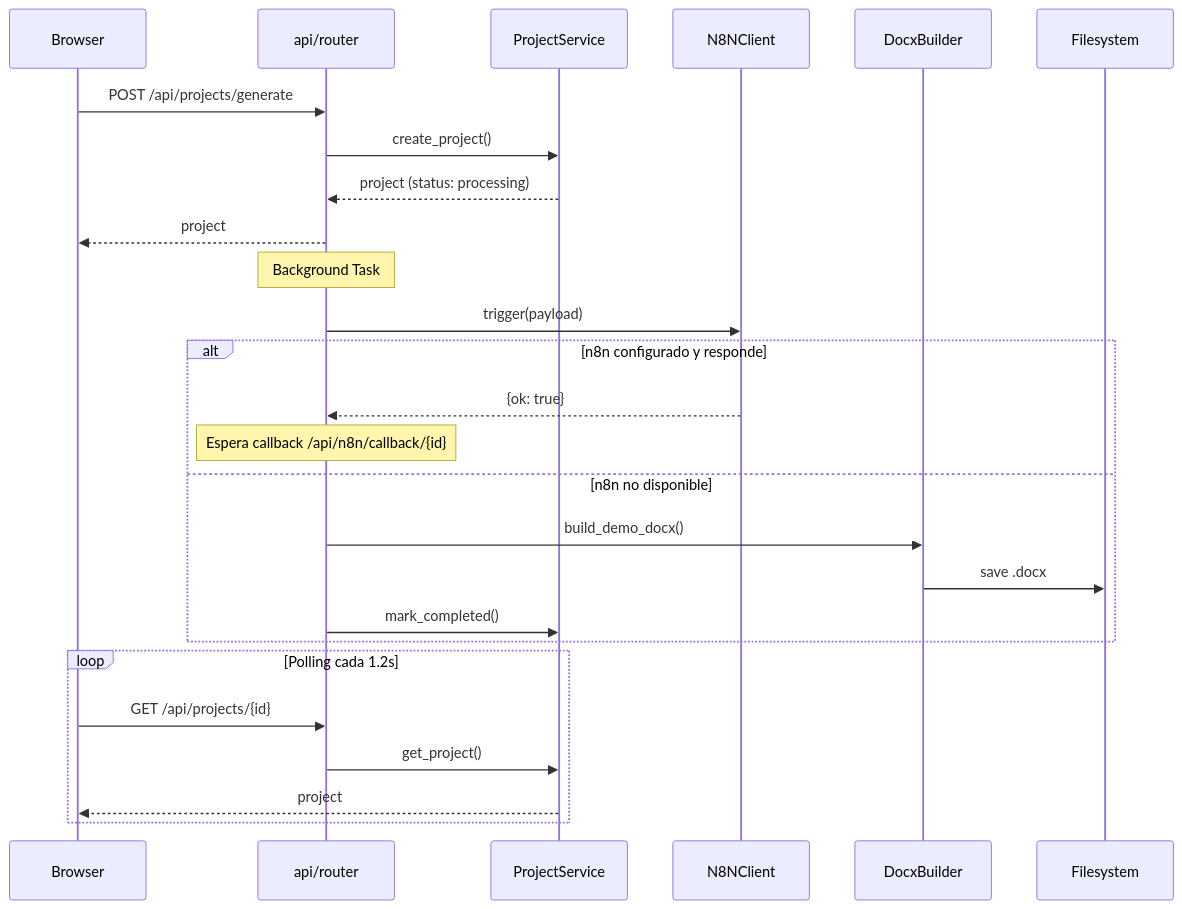
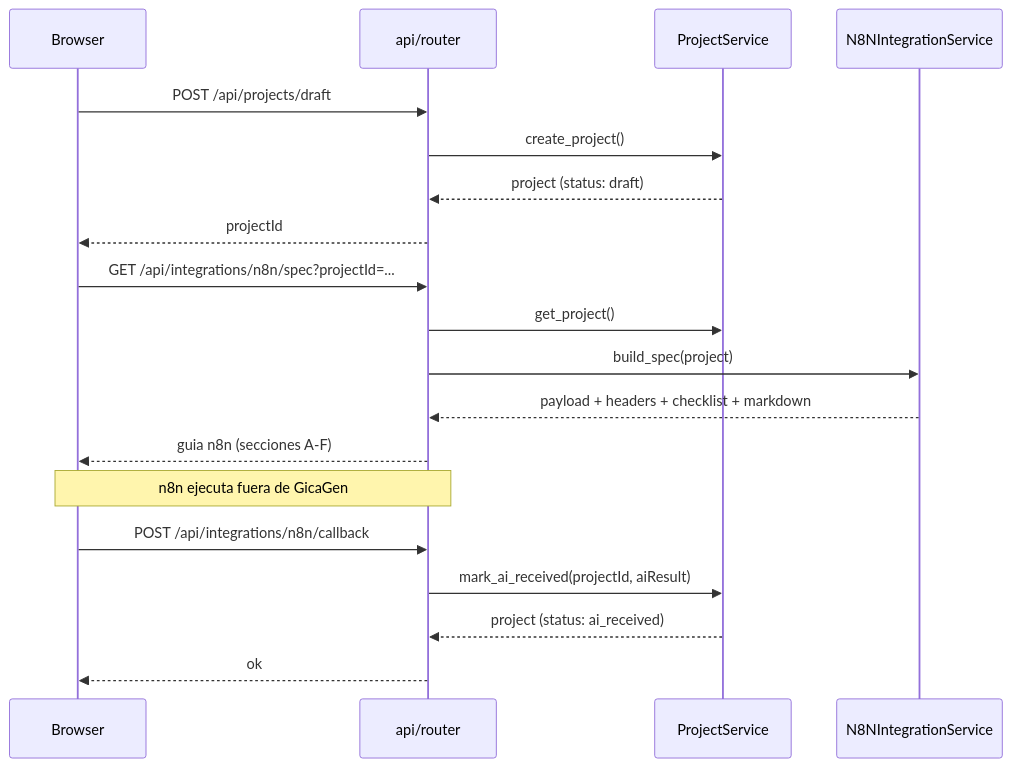
One commit to mikehernandez-bit/Proyecto2TesisAI changed the second of 3 diagrams in docs/02-arquitectura.md. Above: the diagram before and after it, drawn with Mermaid. The commit also changed other lines of this file and 73 other files, not shown here.

````diff
--- a/docs/02-arquitectura.md
+++ b/docs/02-arquitectura.md
@@ -89,31 +90,24 @@
 ```mermaid
 sequenceDiagram
     participant B as Browser
     participant API as api/router
     participant PS as ProjectService
-    participant N8N as N8NClient
-    participant DOCX as DocxBuilder
-    participant FS as Filesystem
-    
-    B->>API: POST /api/projects/generate
+    participant NS as N8NIntegrationService
+
+    B->>API: POST /api/projects/draft
     API->>PS: create_project()
-    PS-->>API: project (status: processing)
-    API-->>B: project
-    
-    Note over API: Background Task
-    API->>N8N: trigger(payload)
-    alt n8n configurado y responde
-        N8N-->>API: {ok: true}
-        Note over API: Espera callback /api/n8n/callback/{id}
-    else n8n no disponible
-        API->>DOCX: build_demo_docx()
-        DOCX->>FS: save .docx
-        API->>PS: mark_completed()
-    end
-    
-    loop Polling cada 1.2s
-        B->>API: GET /api/projects/{id}
-        API->>PS: get_project()
-        PS-->>B: project
-    end
+    PS-->>API: project (status: draft)
+    API-->>B: projectId
+
+    B->>API: GET /api/integrations/n8n/spec?projectId=...
+    API->>PS: get_project()
+    API->>NS: build_spec(project)
+    NS-->>API: payload + headers + checklist + markdown
+    API-->>B: guia n8n (secciones A-F)
+
+    Note over B,API: n8n ejecuta fuera de GicaGen
+    B->>API: POST /api/integrations/n8n/callback
+    API->>PS: mark_ai_received(projectId, aiResult)
+    PS-->>API: project (status: ai_received)
+    API-->>B: ok
 ```
````
